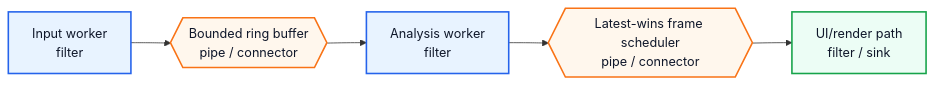
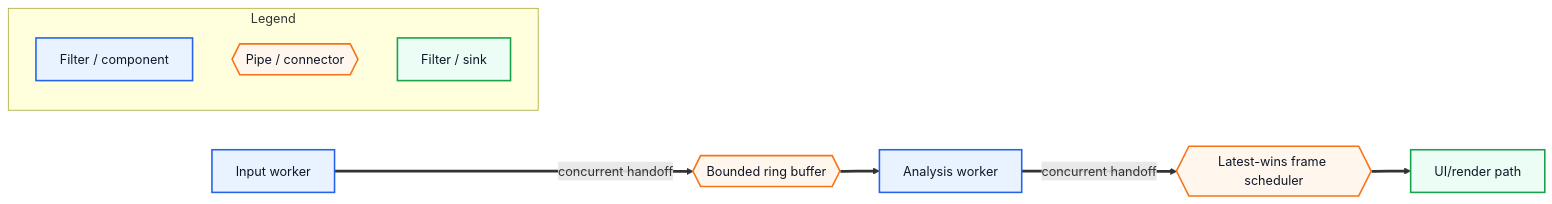
Before and after one commit to lgcmu2026-team5/TimeGrapher-Docs: the first of 2 diagrams in TempDocs/JD/ADR-002A-partial-pipe-and-filter-defensive.ko.md, drawn with Mermaid. The commit also changed other lines of this file, not shown here.

Commit message:
docs(jd): refine ADR Mermaid legends
[en] Refine the Korean worker-level Pipe-and-Filter ADR diagrams. Move filter and pipe labels into legends, emphasize concurrent worker-level handoff, show the Analysis worker internals as a synchronous staged chain, and clarify filter/pipe roles in the decision.

[ko] worker-level Pipe-and-Filter 한글 ADR의 Mermaid 그림을 정리했습니다. filter와 pipe 표기를 legend로 옮기고, worker-level concurrent handoff와 Analysis worker 내부 synchronous staged chain을 구분해 표시했으며, Decision에서 filter/pipe 역할을 명확히 했습니다.

````diff
--- a/TempDocs/JD/ADR-002A-partial-pipe-and-filter-defensive.ko.md
+++ b/TempDocs/JD/ADR-002A-partial-pipe-and-filter-defensive.ko.md
@@ -11,14 +11,24 @@
 ```mermaid
 flowchart LR
     classDef filter fill:#e8f3ff,stroke:#2563eb,stroke-width:2px,color:#0f172a;
     classDef pipe fill:#fff7ed,stroke:#f97316,stroke-width:2px,color:#0f172a;
     classDef sink fill:#ecfdf5,stroke:#16a34a,stroke-width:2px,color:#0f172a;
+    classDef legend fill:#ffffff,stroke:#94a3b8,stroke-dasharray:4 3,color:#0f172a;
 
-    input["Input worker<br/>filter"]:::filter
-    ring{{"Bounded ring buffer<br/>pipe / connector"}}:::pipe
-    analysis["Analysis worker<br/>filter"]:::filter
-    scheduler{{"Latest-wins frame scheduler<br/>pipe / connector"}}:::pipe
-    ui["UI/render path<br/>filter / sink"]:::sink
+    input["Input worker"]:::filter
+    ring{{"Bounded ring buffer"}}:::pipe
+    analysis["Analysis worker"]:::filter
+    scheduler{{"Latest-wins frame scheduler"}}:::pipe
+    ui["UI/render path"]:::sink
 
-    input --> ring --> analysis --> scheduler --> ui
+    input ==>|concurrent handoff| ring
+    ring ==> analysis
+    analysis ==>|concurrent handoff| scheduler
+    scheduler ==> ui
+
+    subgraph legend[Legend]
+        lf["Filter / component"]:::filter
+        lp{{"Pipe / connector"}}:::pipe
+        ls["Filter / sink"]:::sink
+    end
 ```
````
